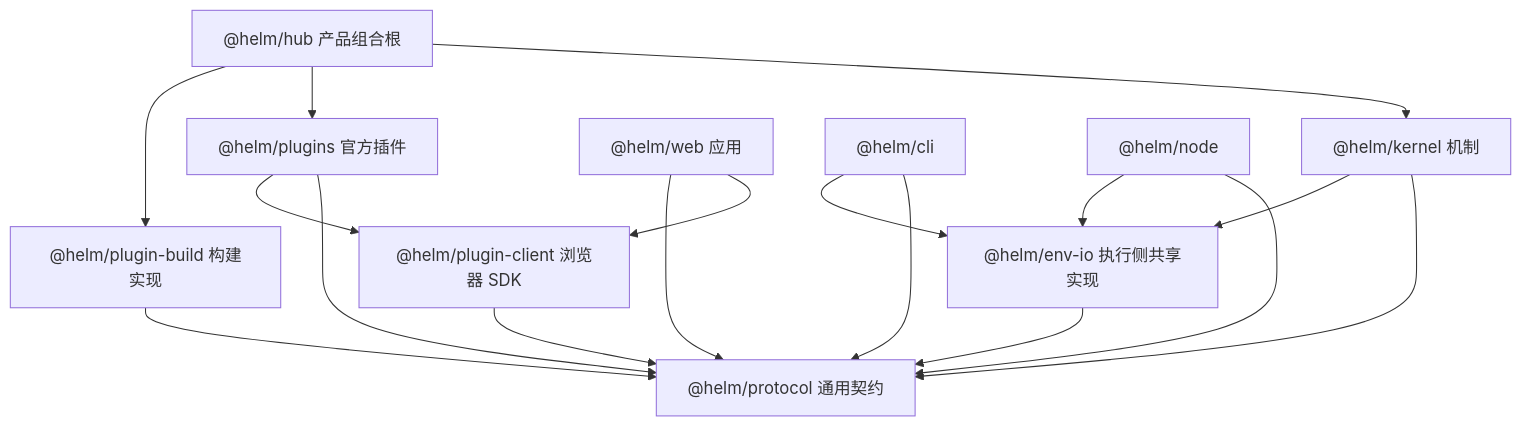
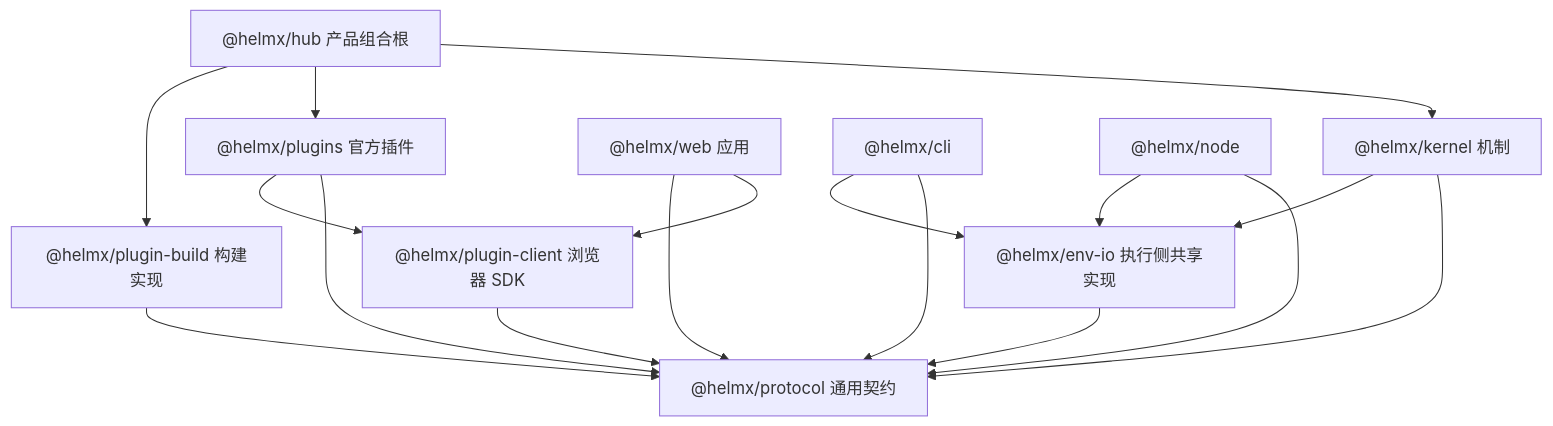
The second of 3 diagrams in docs/architecture/overview.md (team4u/helm), drawn with Mermaid before and after one commit. The commit also changed other lines of this file and 34 other files, not shown here.

````diff
--- a/docs/architecture/overview.md
+++ b/docs/architecture/overview.md
@@ -72,19 +72,19 @@
 ```mermaid
 flowchart TD
-    Hub["@helm/hub 产品组合根"] --> Kernel["@helm/kernel 机制"]
-    Hub --> Plugins["@helm/plugins 官方插件"]
-    Hub --> Build["@helm/plugin-build 构建实现"]
-    Kernel --> Protocol["@helm/protocol 通用契约"]
+    Hub["@helmx/hub 产品组合根"] --> Kernel["@helmx/kernel 机制"]
+    Hub --> Plugins["@helmx/plugins 官方插件"]
+    Hub --> Build["@helmx/plugin-build 构建实现"]
+    Kernel --> Protocol["@helmx/protocol 通用契约"]
     Plugins --> Protocol
-    Plugins --> Client["@helm/plugin-client 浏览器 SDK"]
+    Plugins --> Client["@helmx/plugin-client 浏览器 SDK"]
     Build --> Protocol
     Client --> Protocol
-    Web["@helm/web 应用"] --> Client
+    Web["@helmx/web 应用"] --> Client
     Web --> Protocol
-    Cli["@helm/cli"] --> Protocol
-    Node["@helm/node"] --> Protocol
-    Kernel --> EnvIo["@helm/env-io 执行侧共享实现"]
+    Cli["@helmx/cli"] --> Protocol
+    Node["@helmx/node"] --> Protocol
+    Kernel --> EnvIo["@helmx/env-io 执行侧共享实现"]
     Cli --> EnvIo
     Node --> EnvIo
     EnvIo --> Protocol
 ```
````
